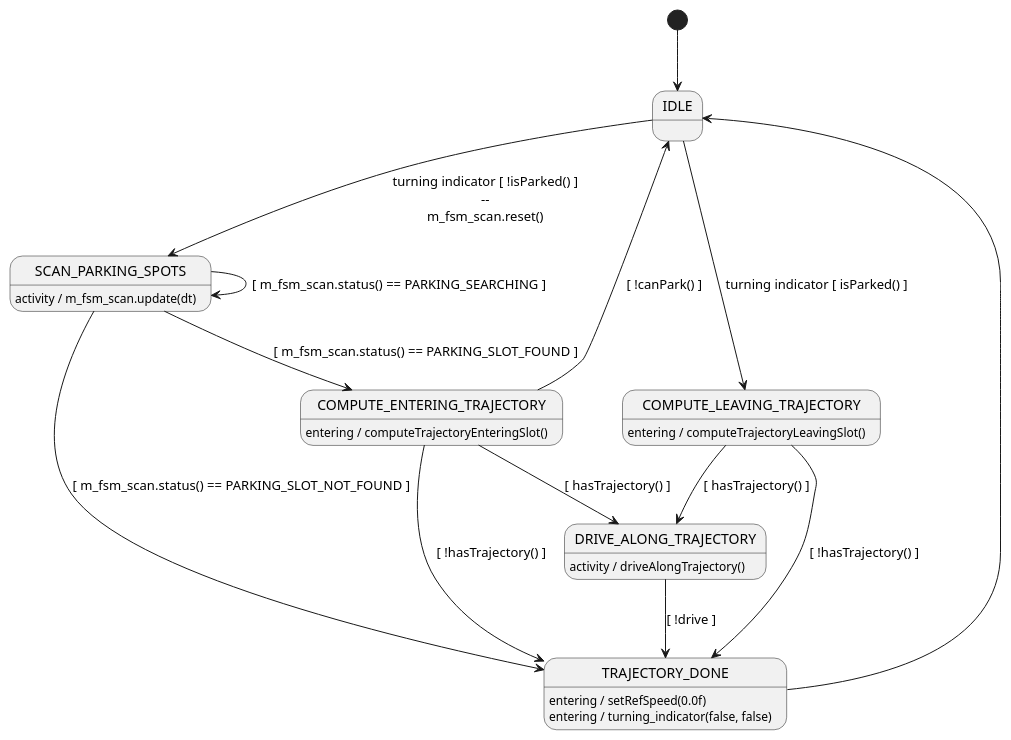
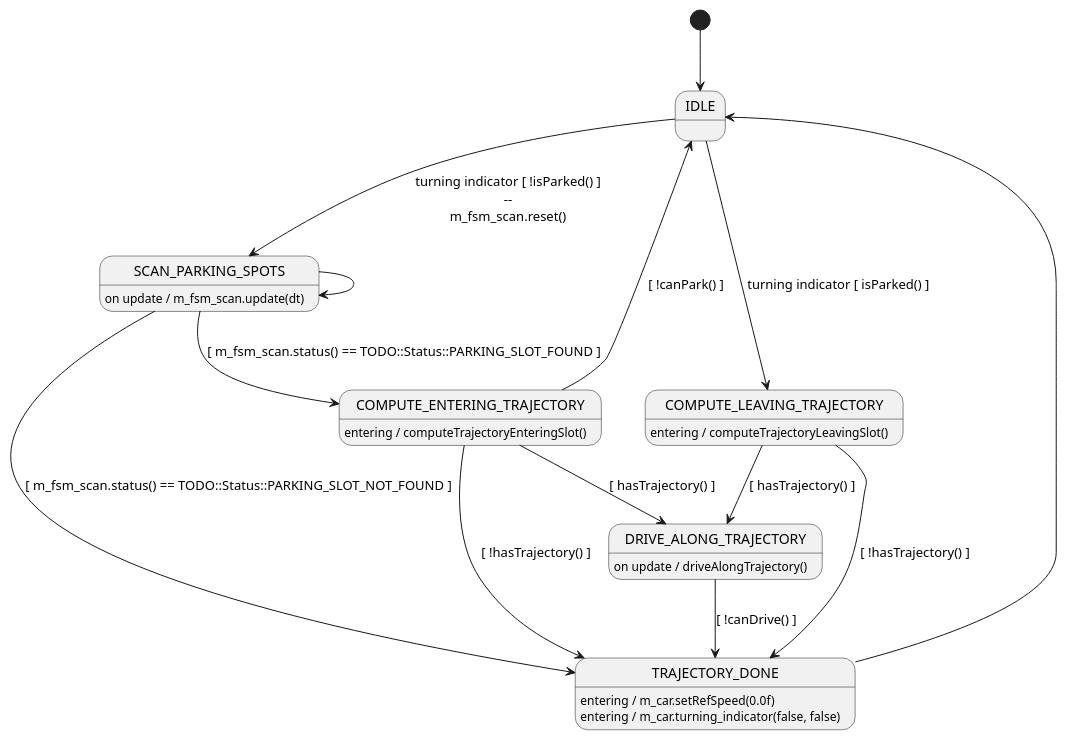
The diagram in examples/SelfParking.plantuml (Lecrapouille/PlantUMLStatecharts), drawn with PlantUML before and after one commit.

Commit message:
Cleaning SelfParking example

```diff
--- a/examples/SelfParking.plantuml
+++ b/examples/SelfParking.plantuml
@@ -1,41 +1,68 @@
 @startuml
 ' skin rose
 ' hide empty description
-
-'header #include <qq>
-'footer ffffffff
-'init init
-'code private:
-'code int foo();
-'test tttttttt
-'test aaaa
 
 [*] --> IDLE
 
 IDLE --> SCAN_PARKING_SPOTS : turning indicator [ !isParked() ]\n--\nm_fsm_scan.reset()
 IDLE --> COMPUTE_LEAVING_TRAJECTORY : turning indicator [ isParked() ]
 
-SCAN_PARKING_SPOTS --> COMPUTE_ENTERING_TRAJECTORY : [ m_fsm_scan.status() == PARKING_SLOT_FOUND ]
-SCAN_PARKING_SPOTS --> TRAJECTORY_DONE : [ m_fsm_scan.status() == PARKING_SLOT_NOT_FOUND ]
-SCAN_PARKING_SPOTS --> SCAN_PARKING_SPOTS : [ m_fsm_scan.status() == PARKING_SEARCHING ]
-SCAN_PARKING_SPOTS : activity / m_fsm_scan.update(dt)
+SCAN_PARKING_SPOTS --> COMPUTE_ENTERING_TRAJECTORY : [ m_fsm_scan.status() == TODO::Status::PARKING_SLOT_FOUND ]
+SCAN_PARKING_SPOTS --> TRAJECTORY_DONE : [ m_fsm_scan.status() == TODO::Status::PARKING_SLOT_NOT_FOUND ]
+SCAN_PARKING_SPOTS --> SCAN_PARKING_SPOTS
+' : [ m_fsm_scan.status() == TODO::Status::PARKING_SEARCHING ]
+SCAN_PARKING_SPOTS : on update / m_fsm_scan.update(dt)
 
 COMPUTE_ENTERING_TRAJECTORY --> DRIVE_ALONG_TRAJECTORY: [ hasTrajectory() ]
 COMPUTE_ENTERING_TRAJECTORY --> IDLE: [ !canPark() ]
 COMPUTE_ENTERING_TRAJECTORY : entering / computeTrajectoryEnteringSlot()
 
 COMPUTE_LEAVING_TRAJECTORY --> TRAJECTORY_DONE : [ !hasTrajectory() ]
 COMPUTE_LEAVING_TRAJECTORY : entering / computeTrajectoryLeavingSlot()
 
-DRIVE_ALONG_TRAJECTORY --> TRAJECTORY_DONE : [ !drive ]
-DRIVE_ALONG_TRAJECTORY : activity / driveAlongTrajectory()
+DRIVE_ALONG_TRAJECTORY --> TRAJECTORY_DONE : [ !canDrive() ]
+DRIVE_ALONG_TRAJECTORY : on update / driveAlongTrajectory()
 
 TRAJECTORY_DONE --> IDLE
-TRAJECTORY_DONE : entering / setRefSpeed(0.0f)
-TRAJECTORY_DONE : entering / turning_indicator(false, false)
+TRAJECTORY_DONE : entering / m_car.setRefSpeed(0.0f)
+TRAJECTORY_DONE : entering / m_car.turning_indicator(false, false)
 
 COMPUTE_ENTERING_TRAJECTORY --> TRAJECTORY_DONE : [ !hasTrajectory() ]
 
 COMPUTE_LEAVING_TRAJECTORY --> DRIVE_ALONG_TRAJECTORY: [ hasTrajectory() ]
 
+'header #  include "Vehicle/Vehicle.hpp"
+'code private:
+'code 
+'code     inline bool isParked() const
+'code     {
+'code         return false; // FIXME: not yet implemented
+'code     }
+'code 
+'code     inline bool hasTrajectory() const
+'code     {
+'code         return m_car.hasTrajectory();
+'code     }
+'code 
+'code     inline bool canDrive(float const dt) const
+'code     {
+'code         return m_car.updateTrajectory(dt);
+'code     }
+'code 
+'code     inline void computeTrajectoryEnteringSlot()
+'code     {
+'code         /*return */ m_car.park(m_parking, true);
+'code     }
+'code 
+'code     inline void computeTrajectoryLeavingSlot()
+'code     {
+'code         /*return */ m_car.park(m_parking, false);
+'code     }
+'code 
+'code private:
+'code 
+'code     SelfParkingCar& m_car;
+'code     Parking m_parking;
+'code     m_fsm_scan;
+
 @enduml
```
